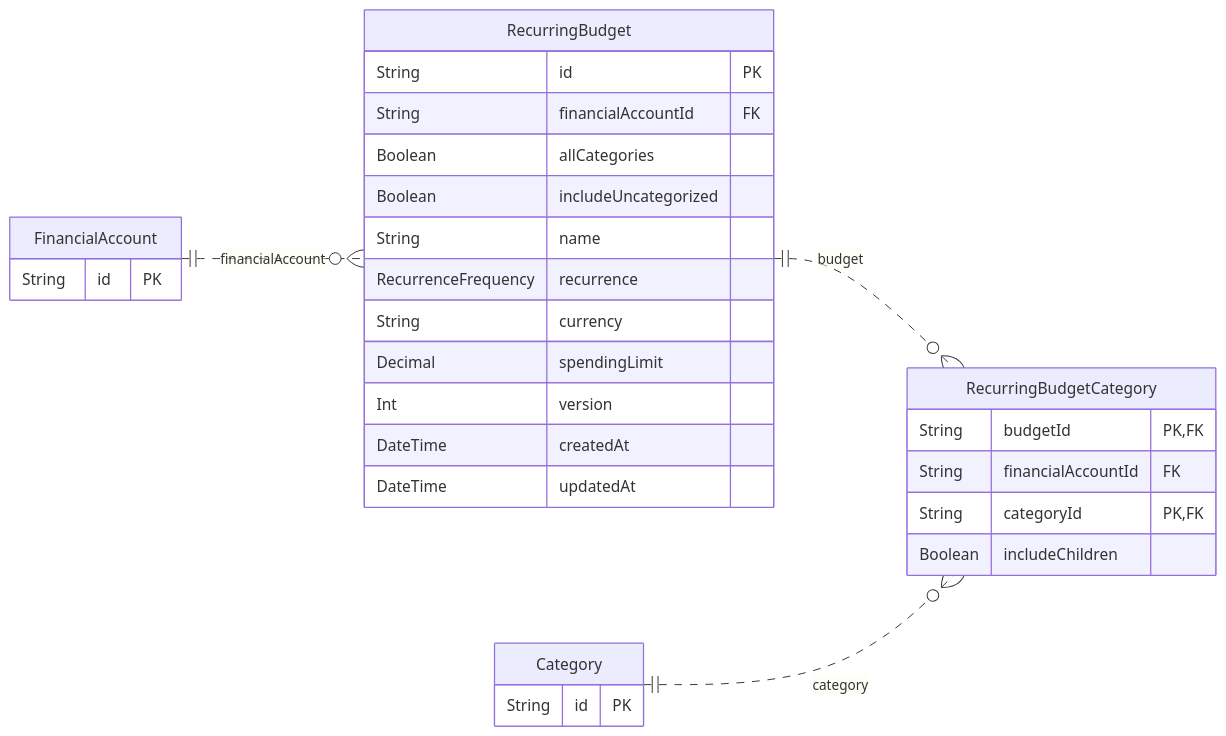
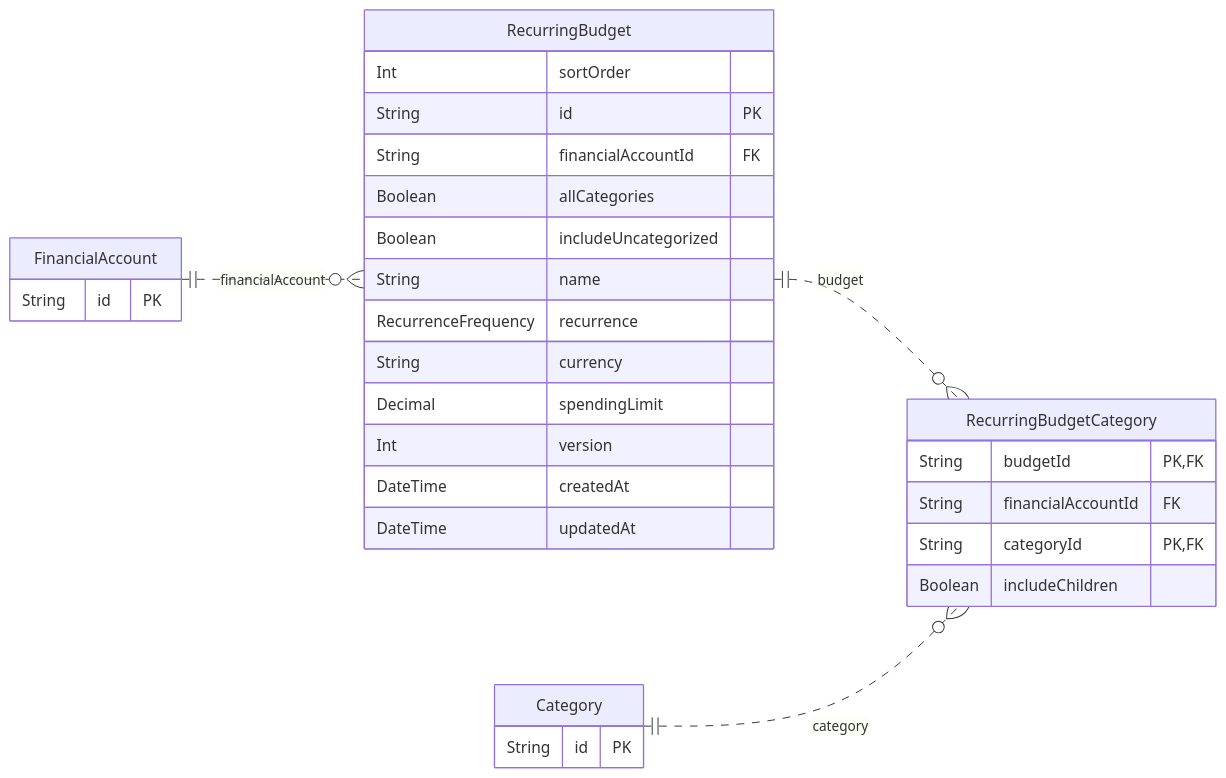
One commit to gkoura/centscope changed the fourth of 4 diagrams in prisma/ERD.md. Above: the diagram before and after it, drawn with Mermaid. The commit also changed other lines of this file and 16 other files, not shown here.

````diff
--- a/prisma/ERD.md
+++ b/prisma/ERD.md
@@ -254,32 +255,33 @@
 ```mermaid
 erDiagram
     direction LR
     RecurringBudget {
+        Int sortOrder
         String id PK
         String financialAccountId FK
         Boolean allCategories
         Boolean includeUncategorized
         String name
         RecurrenceFrequency recurrence
         String currency
         Decimal spendingLimit
         Int version
         DateTime createdAt
         DateTime updatedAt
     }
     RecurringBudgetCategory {
         String budgetId PK, FK
         String financialAccountId FK
         String categoryId PK, FK
         Boolean includeChildren
     }
     FinancialAccount {
         String id PK
     }
     Category {
         String id PK
     }
     FinancialAccount ||..o{ RecurringBudget : "financialAccount"
     RecurringBudget ||..o{ RecurringBudgetCategory : "budget"
     Category ||..o{ RecurringBudgetCategory : "category"
 ```
````
